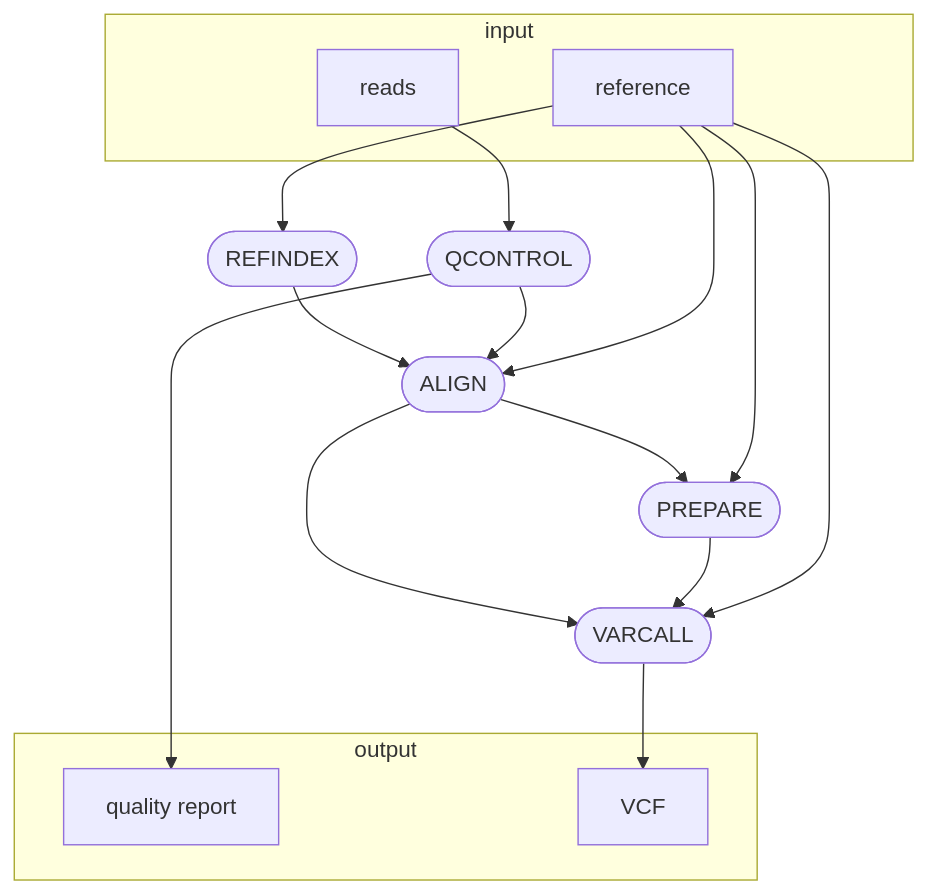
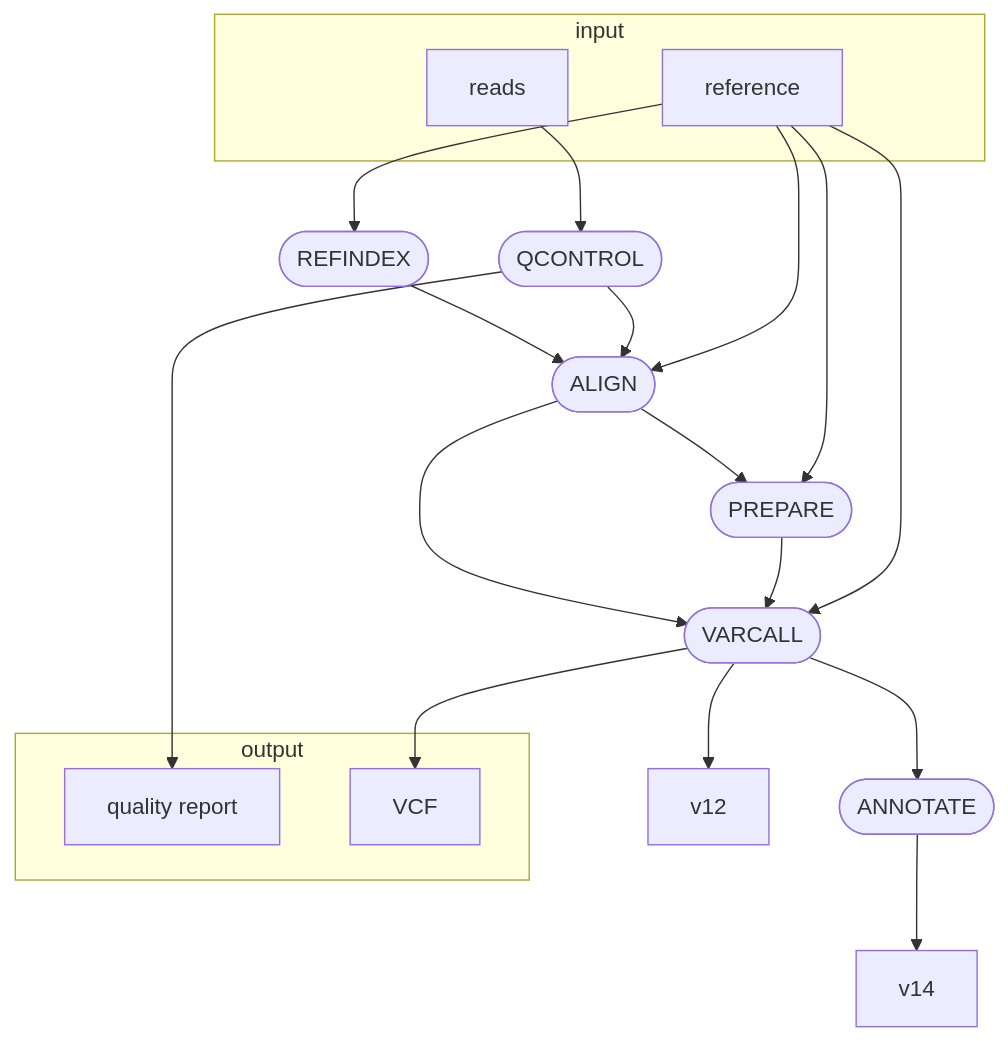
One commit to glebus-sasha/deepvariant_nf changed the diagram in README.md. Above: the diagram before and after it, drawn with Mermaid.

````diff
--- a/README.md
+++ b/README.md
@@ -5,28 +5,32 @@
 ```mermaid
 flowchart TB
     subgraph "input"
     v0["reads"]
     v1["reference"]
     end
     v2([REFINDEX])
     v3([QCONTROL])
     subgraph "output"
     v4["quality report"]
     v11["VCF"]
     end
     v6([ALIGN])
     v8([PREPARE])
     v10([VARCALL])
+    v13([ANNOTATE])
     v0 --> v3
     v1 --> v2
     v2 --> v6
     v3 --> v6
     v3 --> v4
     v1 --> v6
     v6 --> v8
     v6 --> v10
     v1 --> v8
     v8 --> v10
     v1 --> v10
+    v10 --> v13
+    v10 --> v12
     v10 --> v11
+    v13 --> v14
 ```
````
